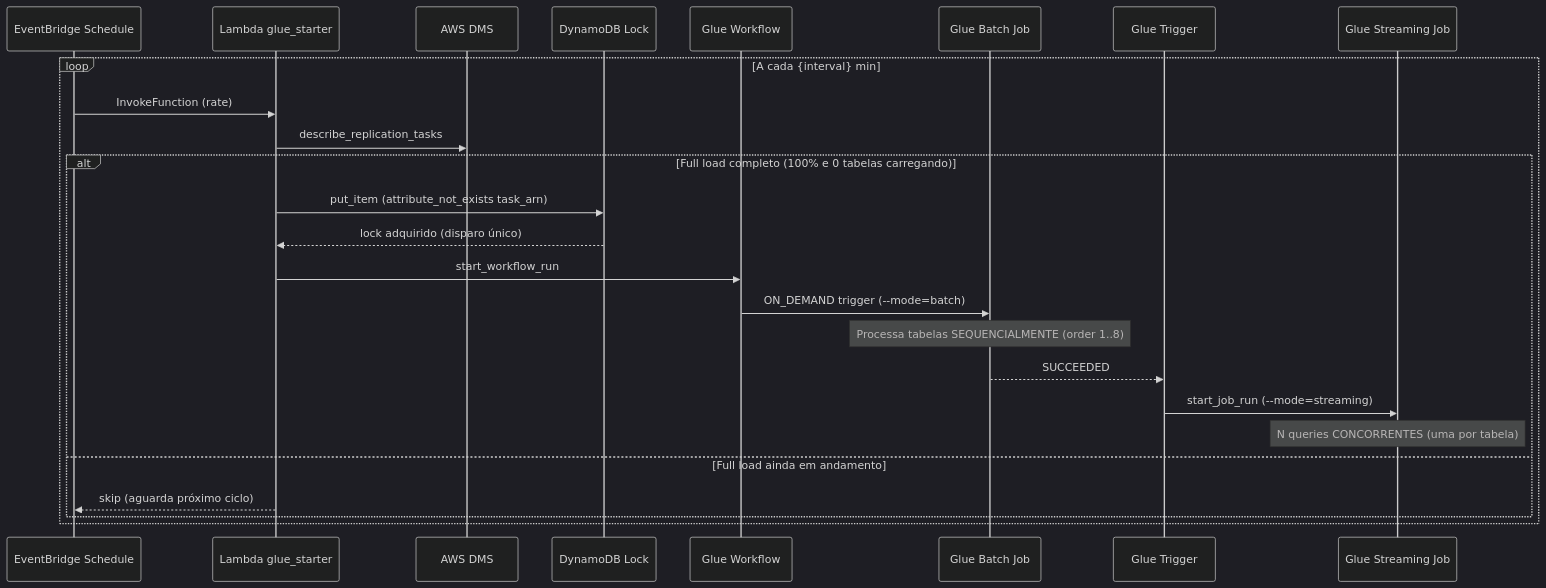
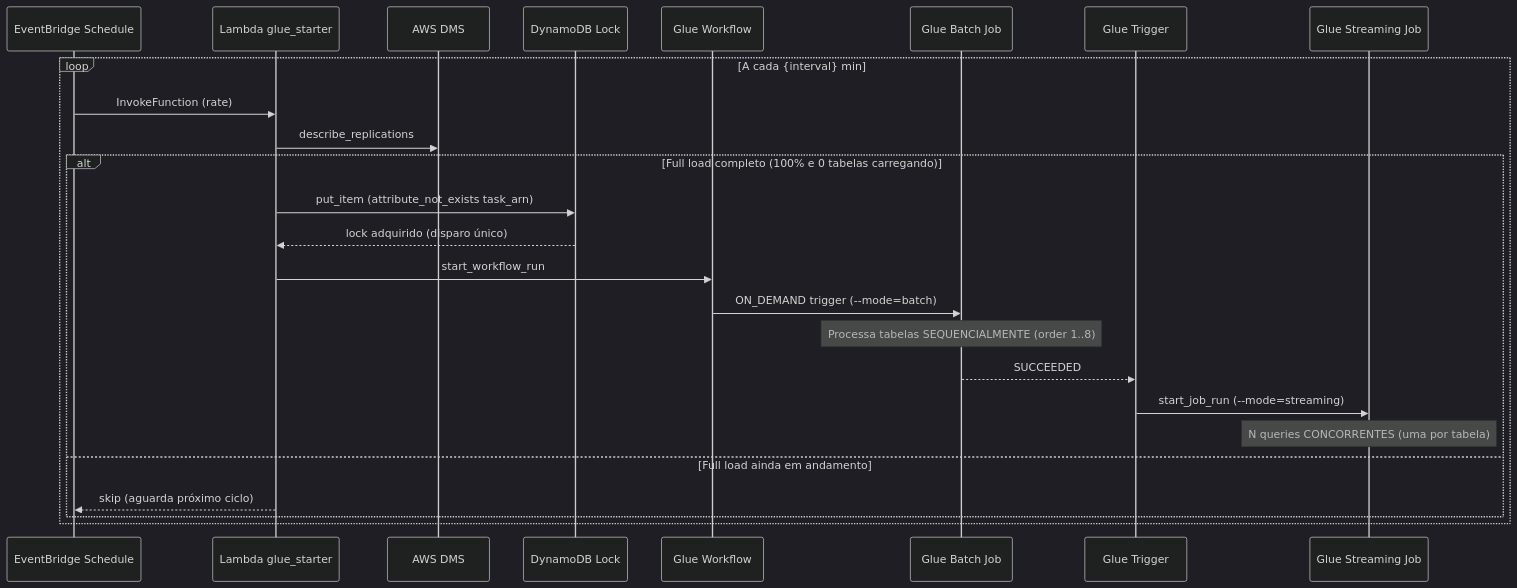
The second of 2 diagrams in docs-sdd/arquitetura.md (jamilvilela/aws-streaming-flight-radar-glue), drawn with Mermaid (dark theme) before and after one commit. The commit also changed other lines of this file and 8 other files, not shown here.

Commit message:
feat: update DMS task references to use Serverless replication config and adjust related documentation

````diff
--- a/docs-sdd/arquitetura.md
+++ b/docs-sdd/arquitetura.md
@@ -169,28 +169,28 @@
 ```mermaid
 sequenceDiagram
     participant SCHED as EventBridge Schedule
     participant LAMBDA as Lambda glue_starter
     participant DMS as AWS DMS
     participant LOCK as DynamoDB Lock
     participant WF as Glue Workflow
     participant BATCH as Glue Batch Job
     participant TRIG as Glue Trigger
     participant STREAM as Glue Streaming Job
 
     loop A cada {interval} min
         SCHED->>LAMBDA: InvokeFunction (rate)
-        LAMBDA->>DMS: describe_replication_tasks
+        LAMBDA->>DMS: describe_replications
         alt Full load completo (100% e 0 tabelas carregando)
             LAMBDA->>LOCK: put_item (attribute_not_exists task_arn)
             LOCK-->>LAMBDA: lock adquirido (disparo único)
             LAMBDA->>WF: start_workflow_run
             WF->>BATCH: ON_DEMAND trigger (--mode=batch)
             Note over BATCH: Processa tabelas SEQUENCIALMENTE (order 1..8)
             BATCH-->>TRIG: SUCCEEDED
             TRIG->>STREAM: start_job_run (--mode=streaming)
             Note over STREAM: N queries CONCORRENTES (uma por tabela)
         else Full load ainda em andamento
             LAMBDA-->>SCHED: skip (aguarda próximo ciclo)
         end
     end
 ```
````
